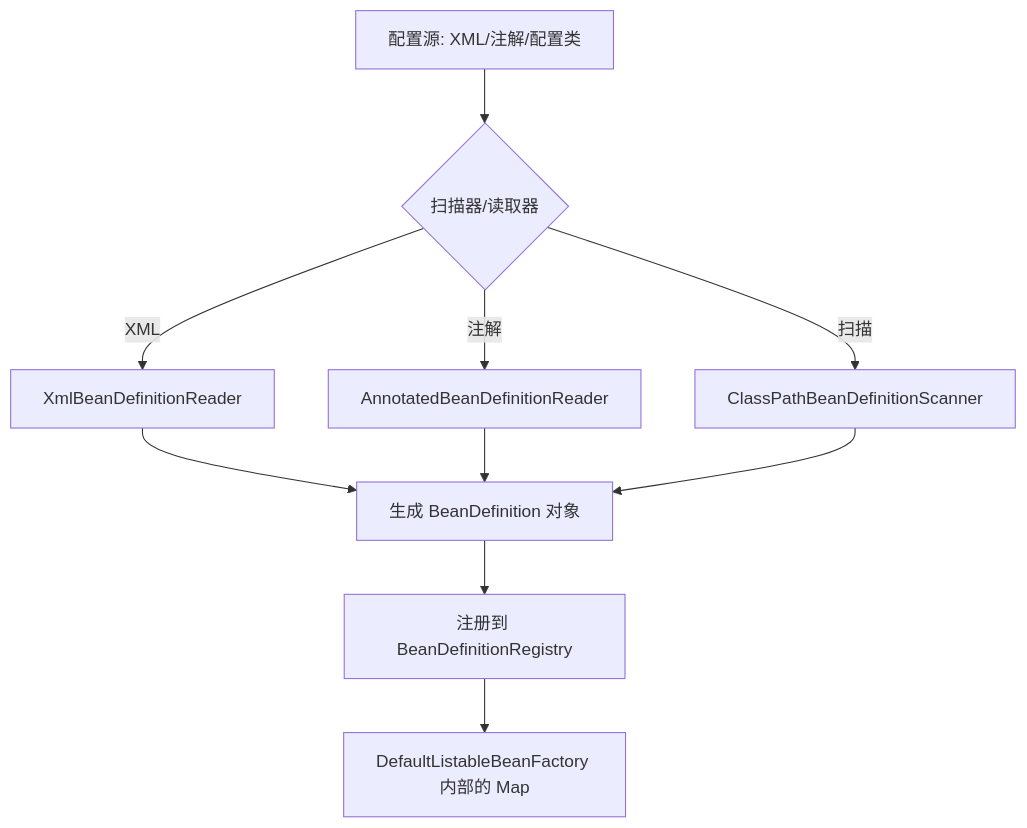
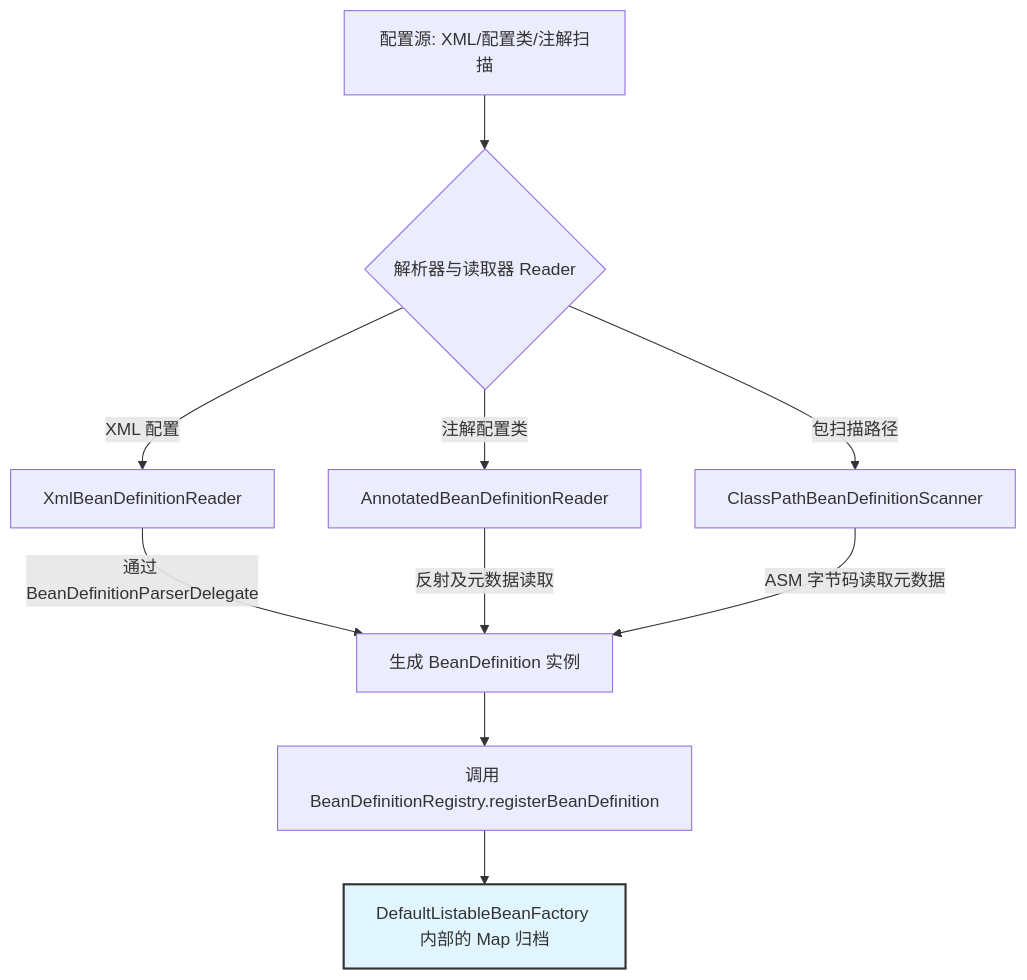
The second of 3 diagrams in docs/java/spring/beandefinition-internals.md (Aiden-Coding/AiDocs), drawn with Mermaid before and after one commit. The commit also changed other lines of this file and 11 other files, not shown here.

````diff
--- a/docs/java/spring/beandefinition-internals.md
+++ b/docs/java/spring/beandefinition-internals.md
@@ -27,14 +70,16 @@
 ```mermaid
 graph TD
-    A[配置源: XML/注解/配置类] --> B{扫描器/读取器}
-    B -->|XML| C[XmlBeanDefinitionReader]
-    B -->|注解| D[AnnotatedBeanDefinitionReader]
-    B -->|扫描| E[ClassPathBeanDefinitionScanner]
+    A[配置源: XML/配置类/注解扫描] --> B{解析器与读取器 Reader}
+    B -->|XML 配置| C[XmlBeanDefinitionReader]
+    B -->|注解配置类| D[AnnotatedBeanDefinitionReader]
+    B -->|包扫描路径| E[ClassPathBeanDefinitionScanner]
     
-    C --> F[生成 BeanDefinition 对象]
-    D --> F
-    E --> F
+    C -->|通过 BeanDefinitionParserDelegate| F[生成 BeanDefinition 实例]
+    D -->|反射及元数据读取| F
+    E -->|ASM 字节码读取元数据| F
     
-    F --> G[注册到 BeanDefinitionRegistry]
-    G --> H[DefaultListableBeanFactory 内部的 Map]
+    F --> G[调用 BeanDefinitionRegistry.registerBeanDefinition]
+    G --> H[DefaultListableBeanFactory 内部的 Map 归档]
+    
+    style H fill:#e1f5ff,stroke:#333,stroke-width:2px
 ```
````
